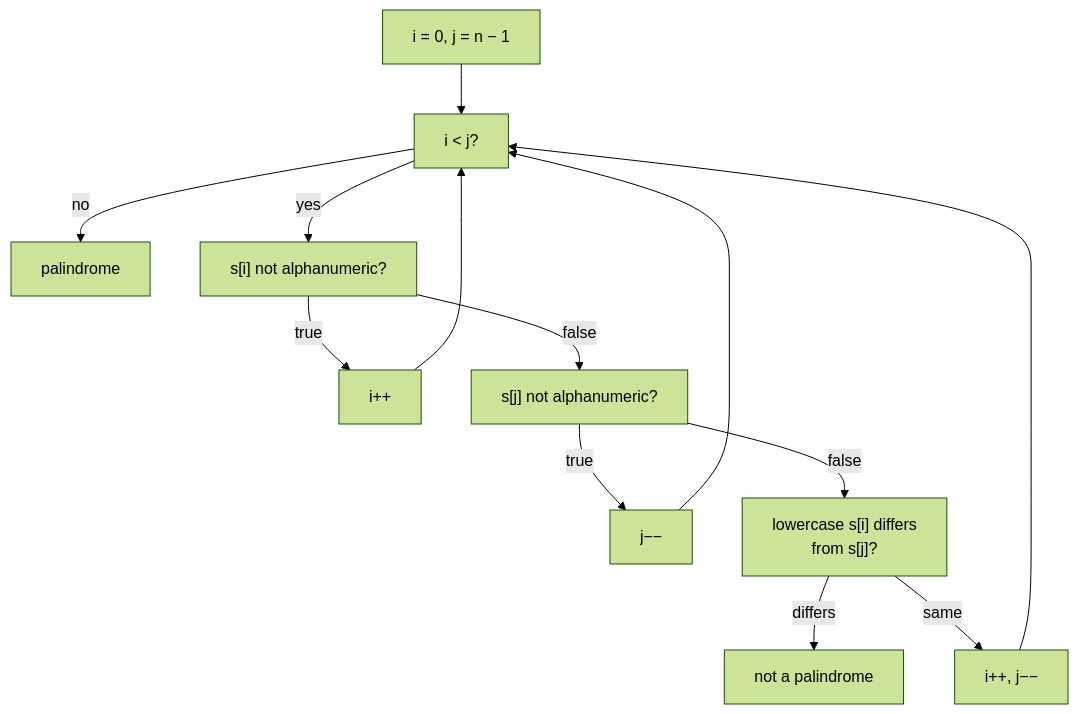
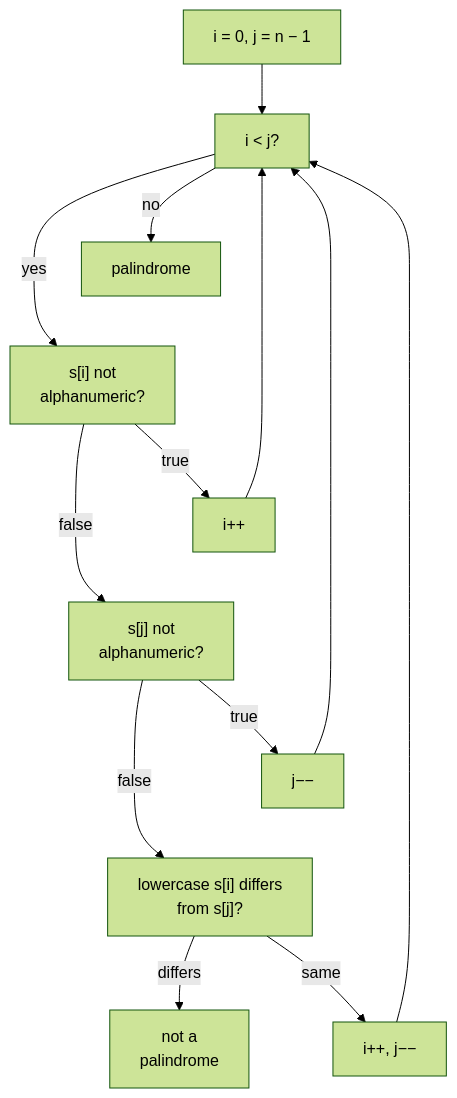
The diagram in content/en/problems/valid-palindrome.md (duongbui234/software-engineering-atlas), drawn with Mermaid (forest theme) before and after one commit. The commit also changed 134 other files, not shown here.

First line of the commit message:
Fit every Mermaid diagram at 390px without sideways scroll (#56)

````diff
--- a/content/en/problems/valid-palindrome.md
+++ b/content/en/problems/valid-palindrome.md
@@ -46,12 +46,15 @@
 ```mermaid
 flowchart TB
   A["i = 0, j = n − 1"] --> B["i < j?"]
   B -->|"no"| T["palindrome"]
-  B -->|"yes"| C["s[i] not alphanumeric?"]
+  B -->|"yes"| C["s[i] not<br/>alphanumeric?"]
   C -->|"true"| C1["i++"] --> B
-  C -->|"false"| D["s[j] not alphanumeric?"]
+  C -->|"false"| D["s[j] not<br/>alphanumeric?"]
   D -->|"true"| D1["j−−"] --> B
   D -->|"false"| E["lowercase s[i] differs<br/>from s[j]?"]
-  E -->|"differs"| F["not a palindrome"]
+  E -->|"differs"| F["not a<br/>palindrome"]
   E -->|"same"| G["i++, j−−"] --> B
+  T ~~~ C
+  C1 ~~~ D
+  D1 ~~~ E
 ```
````
